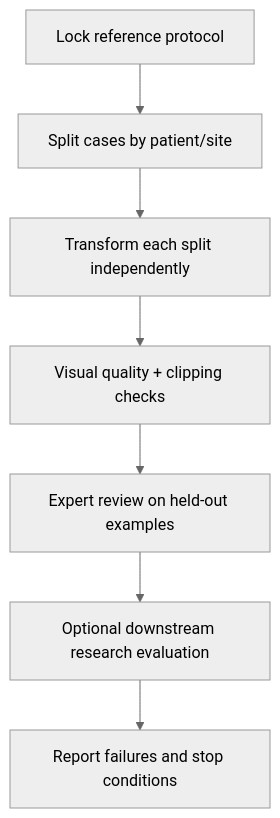
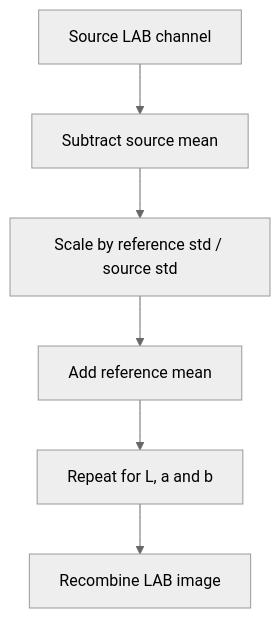
One commit to CHAITANYA-2002/machine-learning-projects changed the second of 3 diagrams in 09-histology-color-normalization/README.md. Above: the diagram before and after it, drawn with Mermaid (neutral theme). The commit also changed other lines of this file and 109 other files, not shown here.

````diff
--- a/09-histology-color-normalization/README.md
+++ b/09-histology-color-normalization/README.md
@@ -115,9 +84,8 @@
 ```mermaid
 flowchart TD
-    A[Lock reference protocol] --> B[Split cases by patient/site]
-    B --> C[Transform each split independently]
-    C --> D[Visual quality + clipping checks]
-    D --> E[Expert review on held-out examples]
-    E --> F[Optional downstream research evaluation]
-    F --> G[Report failures and stop conditions]
+    A[Source LAB channel] --> B[Subtract source mean]
+    B --> C[Scale by reference std / source std]
+    C --> D[Add reference mean]
+    D --> E[Repeat for L, a and b]
+    E --> F[Recombine LAB image]
 ```
````
